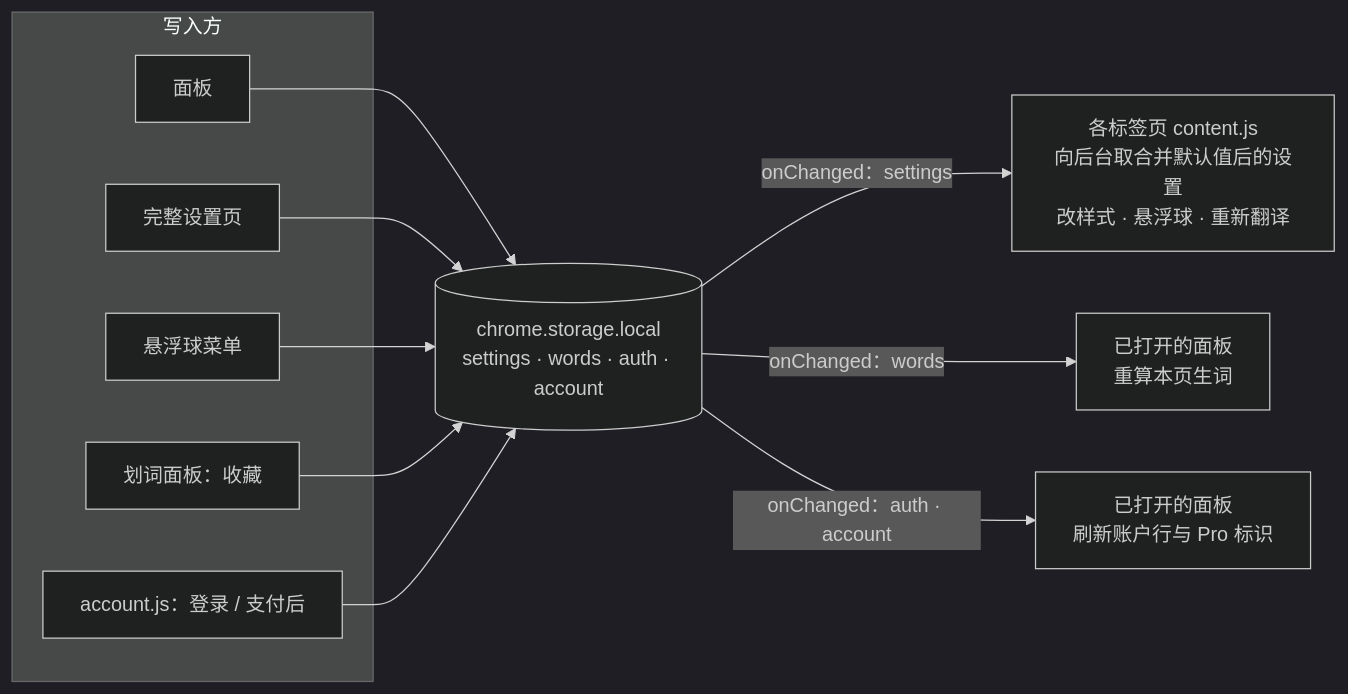
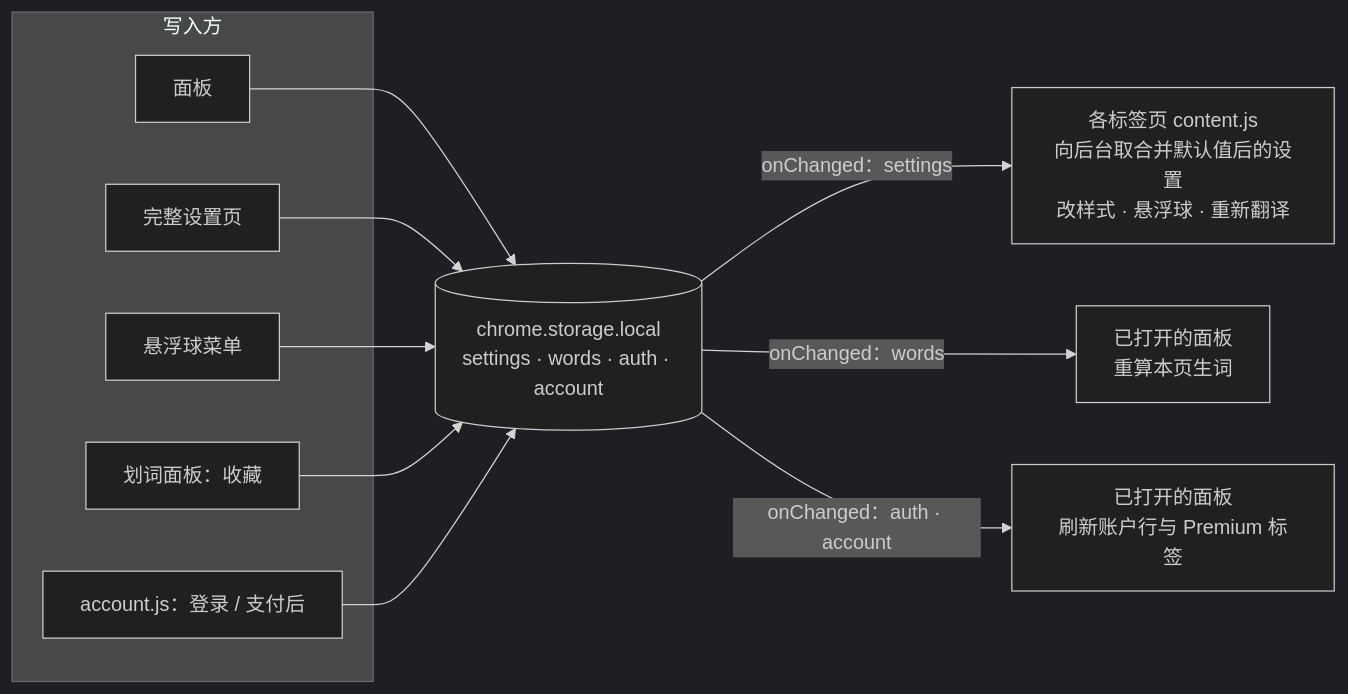
Before and after one commit to pandatalk8/glimmer: diagram 11 of 12 in docs/architecture.md, drawn with Mermaid (dark theme). The commit also changed other lines of this file and 37 other files, not shown here.

````diff
--- a/docs/architecture.md
+++ b/docs/architecture.md
@@ -408,19 +428,19 @@
 ```mermaid
 flowchart LR
   subgraph WRITERS["写入方"]
     W1["面板"]
     W2["完整设置页"]
     W3["悬浮球菜单"]
     W4["划词面板：收藏"]
     W5["account.js：登录 / 支付后"]
   end
   S[("chrome.storage.local<br/>settings · words · auth · account")]
   W1 --> S
   W2 --> S
   W3 --> S
   W4 --> S
   W5 --> S
   S -- "onChanged：settings" --> C["各标签页 content.js<br/>向后台取合并默认值后的设置<br/>改样式 · 悬浮球 · 重新翻译"]
   S -- "onChanged：words" --> D["已打开的面板<br/>重算本页生词"]
-  S -- "onChanged：auth · account" --> E["已打开的面板<br/>刷新账户行与 Pro 标识"]
+  S -- "onChanged：auth · account" --> E["已打开的面板<br/>刷新账户行与 Premium 标签"]
 ```
````
